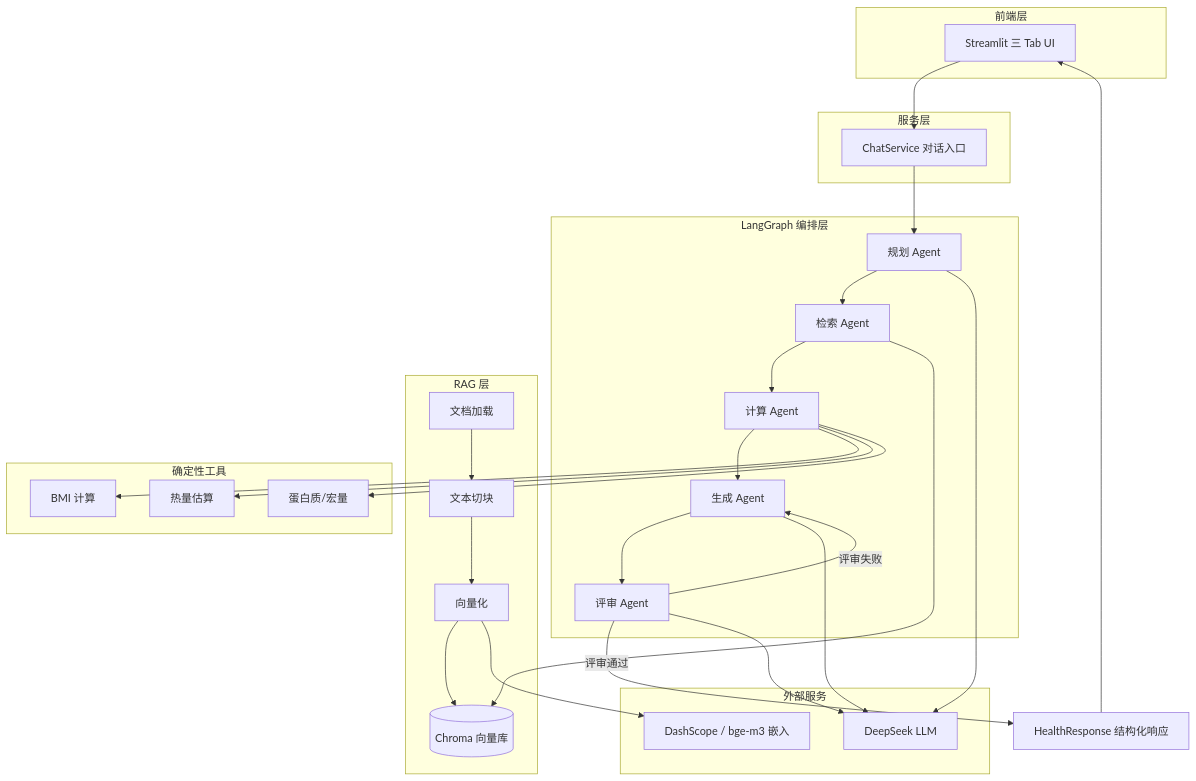
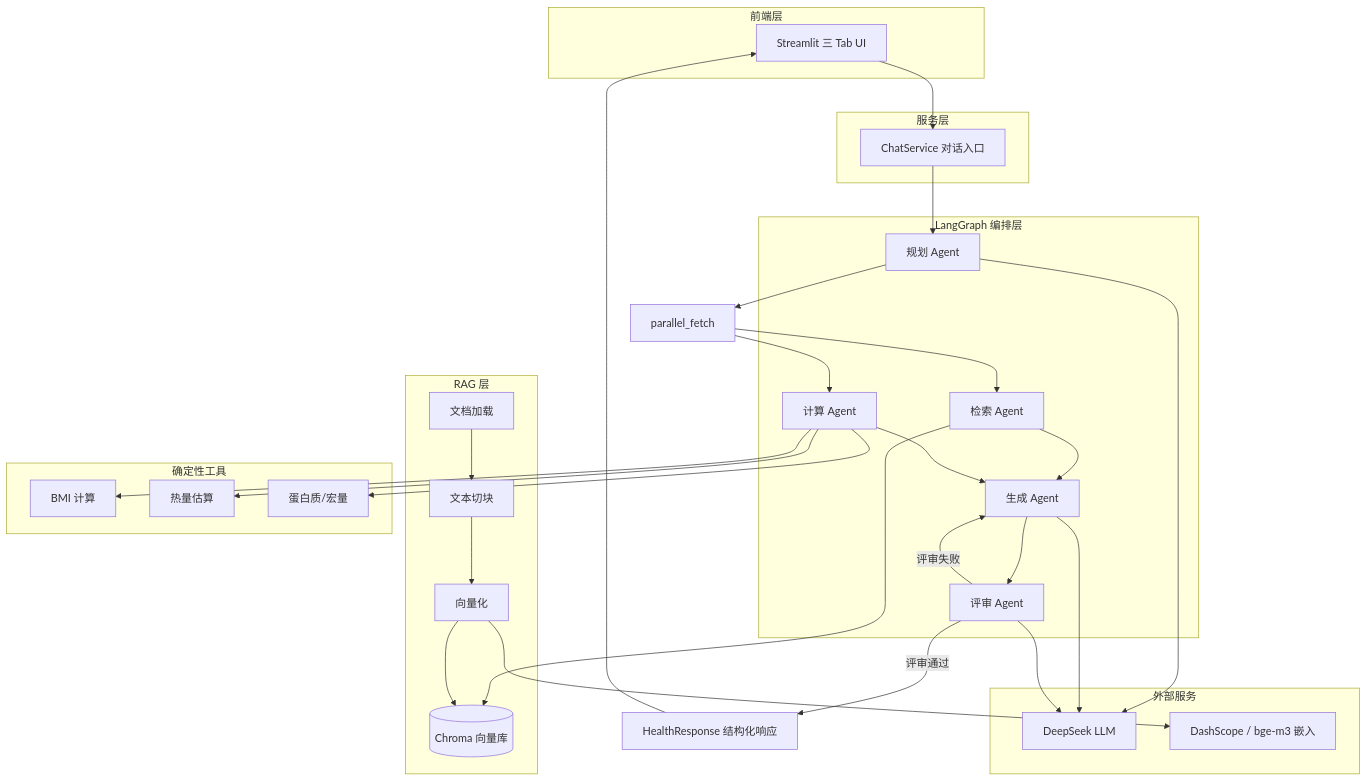
Before and after one commit to huyibl/multi-agent-: the first of 2 diagrams in docs/interview_guide.md, drawn with Mermaid. The commit also changed other lines of this file and 37 other files, not shown here.

````diff
--- a/docs/interview_guide.md
+++ b/docs/interview_guide.md
@@ -17,49 +17,54 @@
 ```mermaid
 flowchart TB
     subgraph ui [前端层]
         Streamlit[Streamlit 三 Tab UI]
     end
 
     subgraph service [服务层]
         ChatService[ChatService 对话入口]
     end
 
     subgraph graph [LangGraph 编排层]
         Planner[规划 Agent]
         Retriever[检索 Agent]
         Calculator[计算 Agent]
         Generator[生成 Agent]
         Reviewer[评审 Agent]
     end
 
     subgraph rag [RAG 层]
         Loaders[文档加载]
         Chunkers[文本切块]
         Embedder[向量化]
         Chroma[(Chroma 向量库)]
     end
 
     subgraph tools [确定性工具]
         BMI[BMI 计算]
         TDEE[热量估算]
         Macros[蛋白质/宏量]
     end
 
     subgraph external [外部服务]
         DeepSeek[DeepSeek LLM]
         DashScope[DashScope / bge-m3 嵌入]
     end
 
     Streamlit --> ChatService
     ChatService --> Planner
-    Planner --> Retriever --> Calculator --> Generator --> Reviewer
+    Planner --> FanOut[parallel_fetch]
+    FanOut --> Retriever
+    FanOut --> Calculator
+    Retriever --> Generator
+    Calculator --> Generator
+    Generator --> Reviewer
     Reviewer -->|评审失败| Generator
     Reviewer -->|评审通过| Response[HealthResponse 结构化响应]
     Response --> Streamlit
 
     Retriever --> Chroma
     Loaders --> Chunkers --> Embedder --> Chroma
     Embedder --> DashScope
     Calculator --> BMI & TDEE & Macros
     Planner & Generator & Reviewer --> DeepSeek
 ```
````
